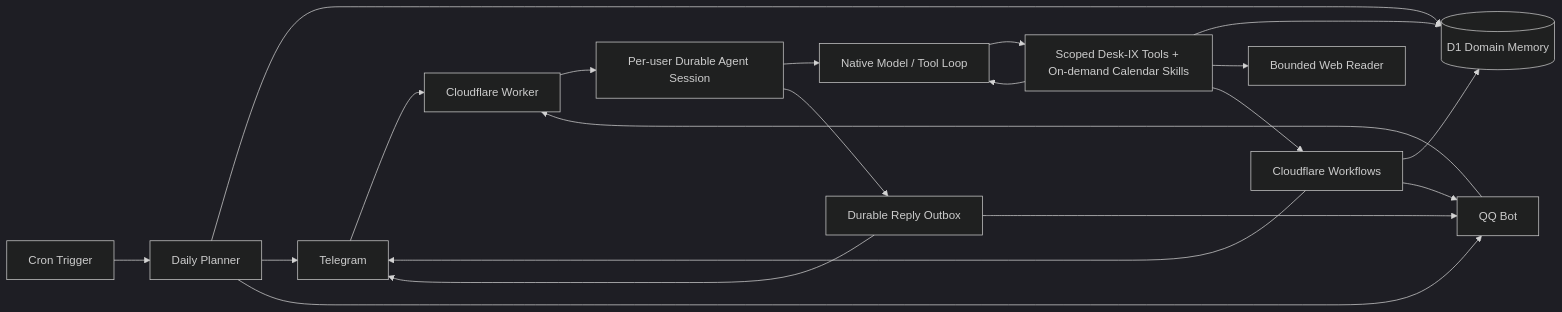
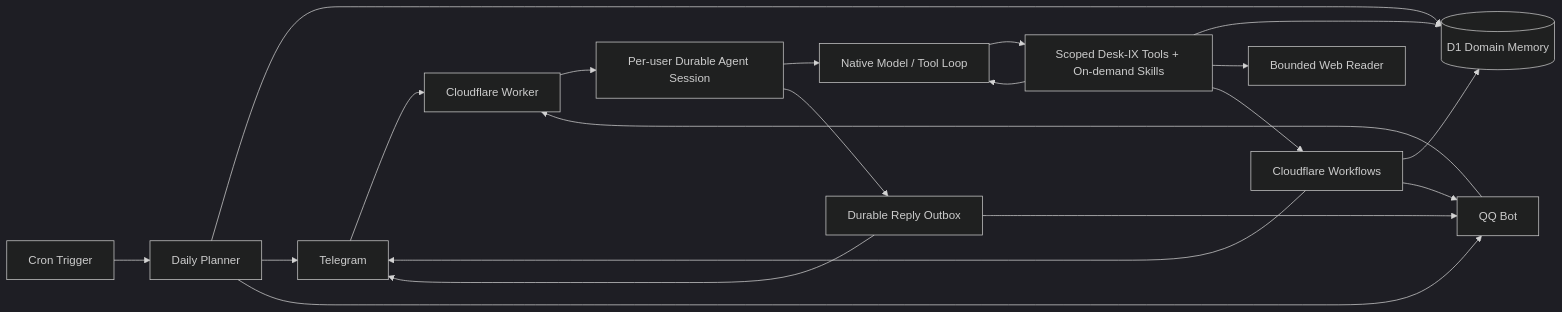
Before and after one commit to kinamind/Desk-IX: the diagram in README.md, drawn with Mermaid (dark theme). The commit also changed other lines of this file and 30 other files, not shown here.

````diff
--- a/README.md
+++ b/README.md
@@ -43,22 +44,22 @@
 ```mermaid
 flowchart LR
   TG["Telegram"] --> WH["Cloudflare Worker"]
   QQ["QQ Bot"] --> WH
   WH --> DO["Per-user Durable Agent Session"]
   DO --> AI["Native Model / Tool Loop"]
-  AI --> TOOLS["Scoped Desk-IX Tools + On-demand Calendar Skills"]
+  AI --> TOOLS["Scoped Desk-IX Tools + On-demand Skills"]
   TOOLS --> AI
   TOOLS --> D1[("D1 Domain Memory")]
   TOOLS --> WEB["Bounded Web Reader"]
   TOOLS --> WF["Cloudflare Workflows"]
   DO --> OUT["Durable Reply Outbox"]
   OUT --> TG
   OUT --> QQ
   WF --> D1
   WF --> TG
   WF --> QQ
   CR["Cron Trigger"] --> PLAN["Daily Planner"]
   PLAN --> D1
   PLAN --> TG
   PLAN --> QQ
 ```
````
